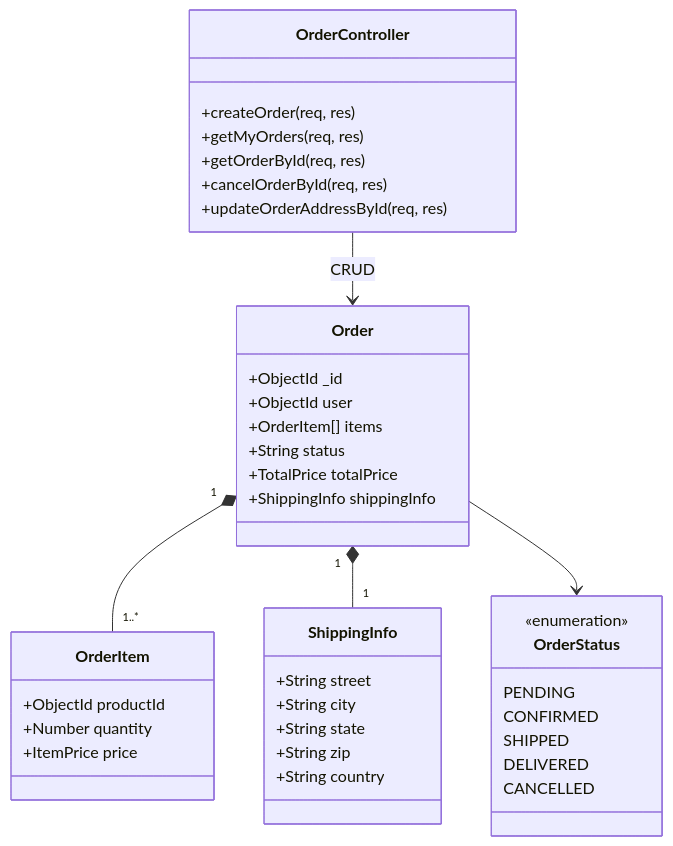
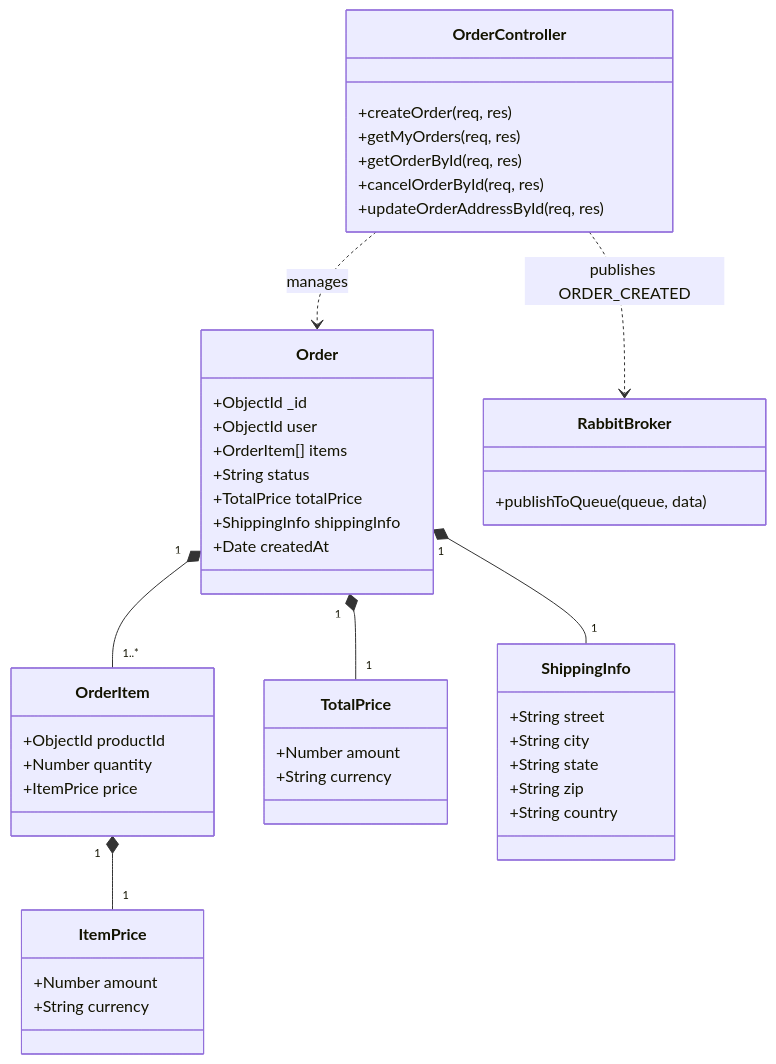
One commit to itsam-13/Vendora changed the eighth of 17 diagrams in README.md. Above: the diagram before and after it, drawn with Mermaid. The commit also changed other lines of this file, not shown here.

Commit message:
docs: update README.md with comprehensive microservices architecture and event topology

````diff
--- a/README.md
+++ b/README.md
@@ -534,42 +650,49 @@
 ```mermaid
 classDiagram
     class Order {
         +ObjectId _id
         +ObjectId user
         +OrderItem[] items
         +String status
         +TotalPrice totalPrice
         +ShippingInfo shippingInfo
+        +Date createdAt
     }
     class OrderItem {
         +ObjectId productId
         +Number quantity
         +ItemPrice price
     }
-    class OrderStatus {
-        <<enumeration>>
-        PENDING
-        CONFIRMED
-        SHIPPED
-        DELIVERED
-        CANCELLED
+    class ItemPrice {
+        +Number amount
+        +String currency
+    }
+    class TotalPrice {
+        +Number amount
+        +String currency
     }
     class ShippingInfo {
         +String street
         +String city
         +String state
         +String zip
         +String country
     }
     class OrderController {
         +createOrder(req, res)
         +getMyOrders(req, res)
         +getOrderById(req, res)
         +cancelOrderById(req, res)
         +updateOrderAddressById(req, res)
     }
+    class RabbitBroker {
+        +publishToQueue(queue, data)
+    }
+
     Order "1" *-- "1..*" OrderItem
+    Order "1" *-- "1" TotalPrice
     Order "1" *-- "1" ShippingInfo
-    Order --> OrderStatus
-    OrderController --> Order : CRUD
+    OrderItem "1" *-- "1" ItemPrice
+    OrderController ..> Order : manages
+    OrderController ..> RabbitBroker : publishes ORDER_CREATED
 ```
````
